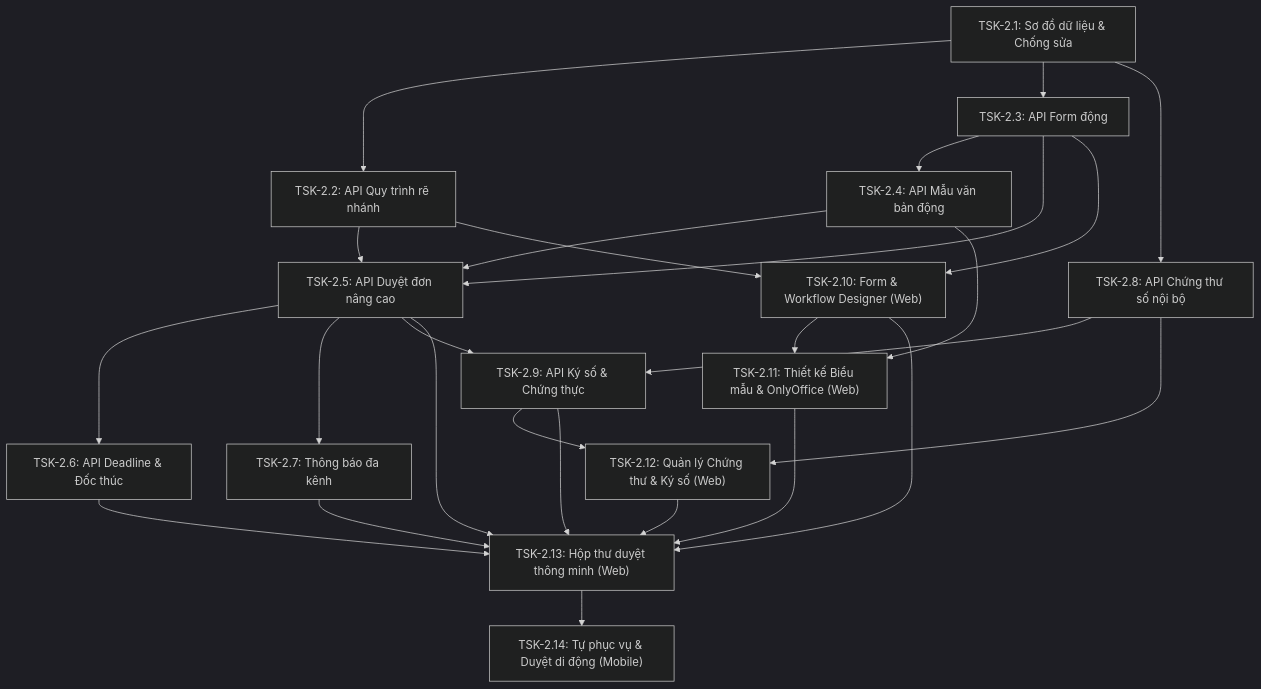
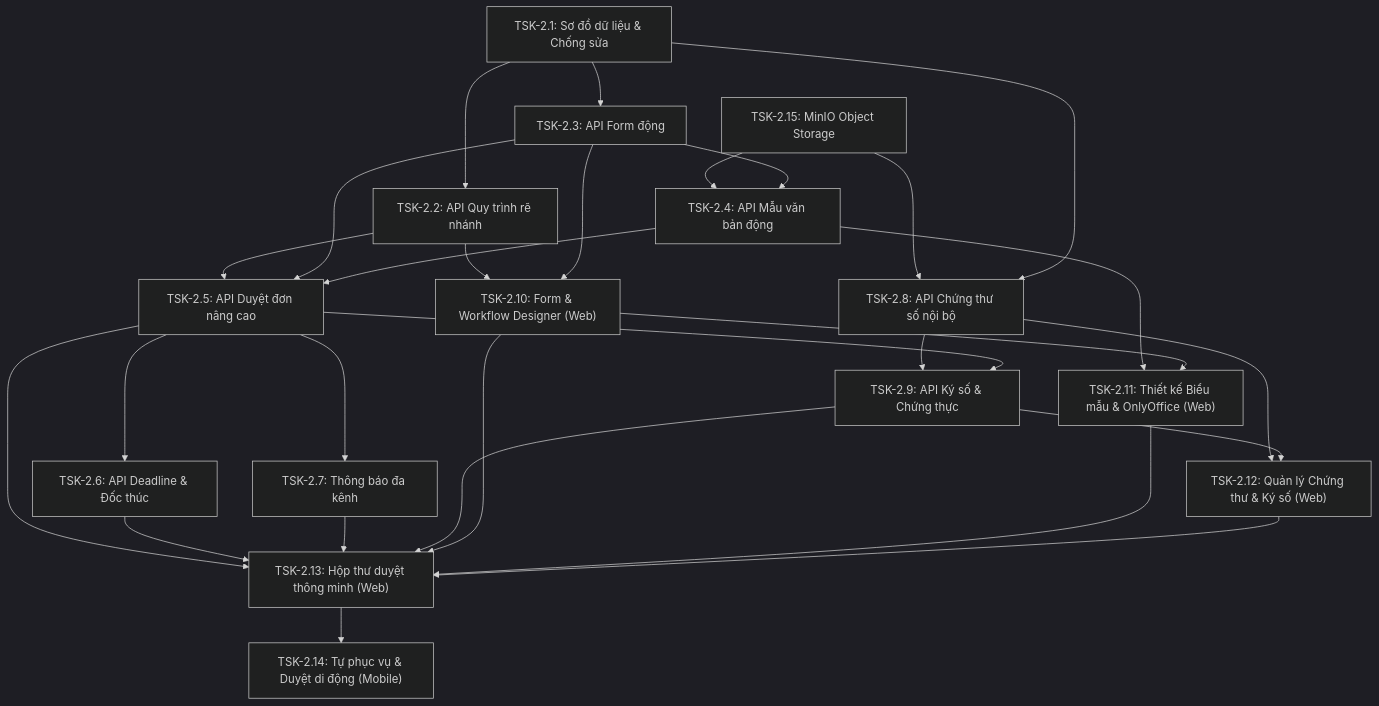
Before and after one commit to min3rd/open-erp: the diagram in docs/05_project_management/sprint_2/README.md, drawn with Mermaid (dark theme). The commit also changed other lines of this file and 2 other files, not shown here.

````diff
--- a/docs/05_project_management/sprint_2/README.md
+++ b/docs/05_project_management/sprint_2/README.md
@@ -48,26 +49,28 @@
 ```mermaid
 flowchart TD
+    TSK215["TSK-2.15: MinIO Object Storage"]
     TSK21["TSK-2.1: Sơ đồ dữ liệu & Chống sửa"]
+    
     TSK21 --> TSK22["TSK-2.2: API Quy trình rẽ nhánh"]
     TSK21 --> TSK23["TSK-2.3: API Form động"]
-    TSK21 --> TSK28["TSK-2.8: API Chứng thư số nội bộ"]
-
-    TSK23 --> TSK24["TSK-2.4: API Mẫu văn bản động"]
+    
+    TSK215 & TSK21 --> TSK28["TSK-2.8: API Chứng thư số nội bộ"]
+    TSK215 & TSK23 --> TSK24["TSK-2.4: API Mẫu văn bản động"]
 
     TSK22 & TSK23 & TSK24 --> TSK25["TSK-2.5: API Duyệt đơn nâng cao"]
 
     TSK25 --> TSK26["TSK-2.6: API Deadline & Đốc thúc"]
     TSK25 --> TSK27["TSK-2.7: Thông báo đa kênh"]
     
     TSK28 --> TSK29["TSK-2.9: API Ký số & Chứng thực"]
     TSK25 --> TSK29
 
     TSK22 & TSK23 --> TSK210["TSK-2.10: Form & Workflow Designer (Web)"]
     TSK24 & TSK210 --> TSK211["TSK-2.11: Thiết kế Biểu mẫu & OnlyOffice (Web)"]
     
     TSK28 & TSK29 --> TSK212["TSK-2.12: Quản lý Chứng thư & Ký số (Web)"]
 
     TSK25 & TSK26 & TSK27 & TSK29 & TSK210 & TSK211 & TSK212 --> TSK213["TSK-2.13: Hộp thư duyệt thông minh (Web)"]
     
     TSK213 --> TSK214["TSK-2.14: Tự phục vụ & Duyệt di động (Mobile)"]
 ```
````
